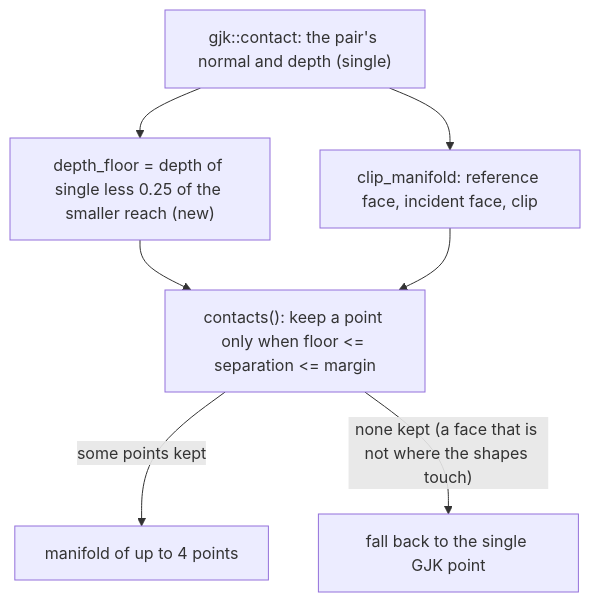
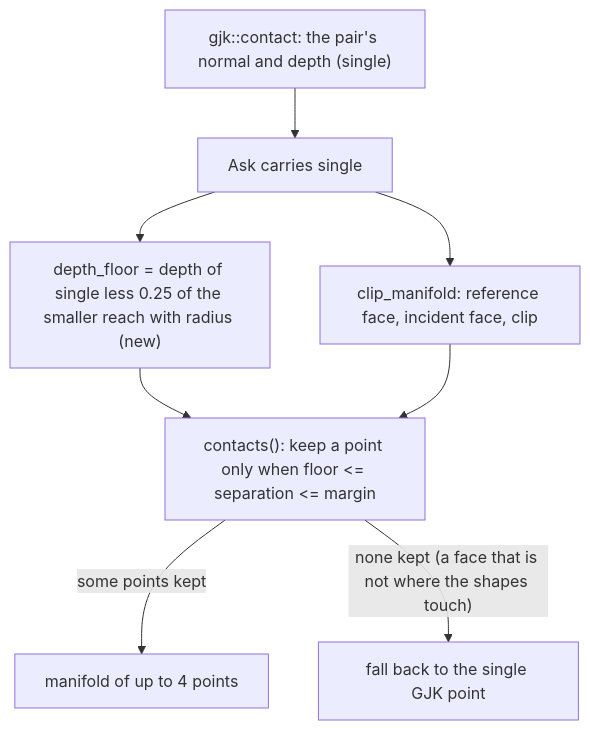
One commit to giamat90/DuckEngine changed the diagram in reviews/8-77.md. Above: the diagram before and after it, drawn with Mermaid. The commit also changed other lines of this file and 1 other file, not shown here.

Commit message:
fix(physics): count the radius in the depth floor and test the clip wiring (8-77)

````diff
--- a/reviews/8-77.md
+++ b/reviews/8-77.md
@@ -5,9 +5,10 @@
 ```mermaid
 flowchart TD
-  G["gjk::contact: the pair's normal and depth (single)"] --> F["depth_floor = depth of single less 0.25 of the smaller reach (new)"]
-  G --> R["clip_manifold: reference face, incident face, clip"]
+  G["gjk::contact: the pair's normal and depth (single)"] --> A["Ask carries single"]
+  A --> R["clip_manifold: reference face, incident face, clip"]
+  A --> F["depth_floor = depth of single less 0.25 of the smaller reach with radius (new)"]
   F --> C["contacts(): keep a point only when floor <= separation <= margin"]
   R --> C
   C -->|"some points kept"| M["manifold of up to 4 points"]
   C -->|"none kept (a face that is not where the shapes touch)"| S["fall back to the single GJK point"]
 ```
````
